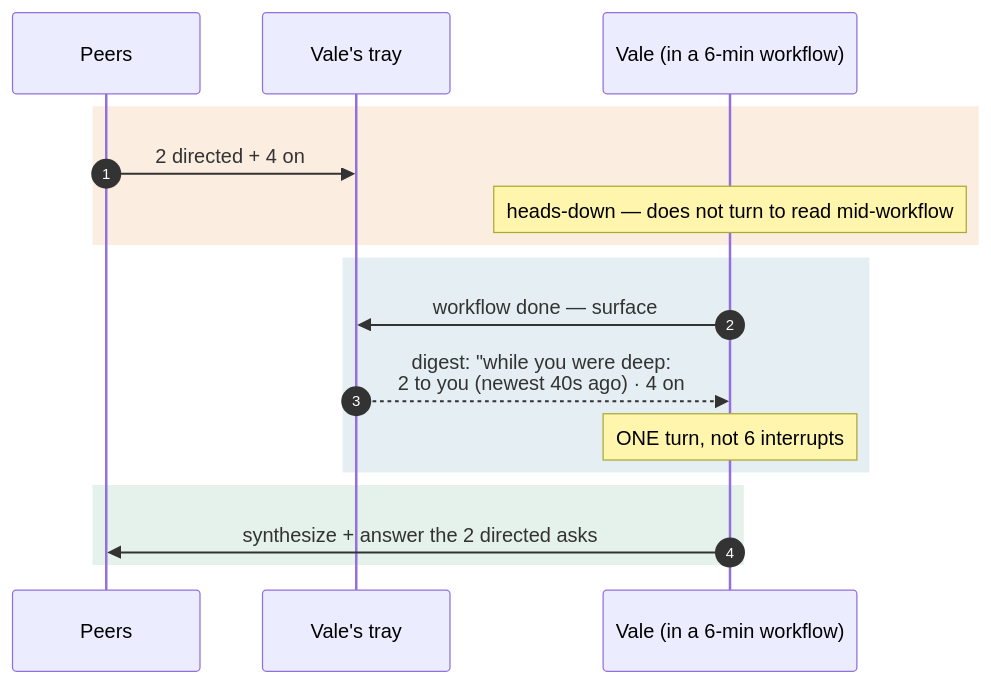
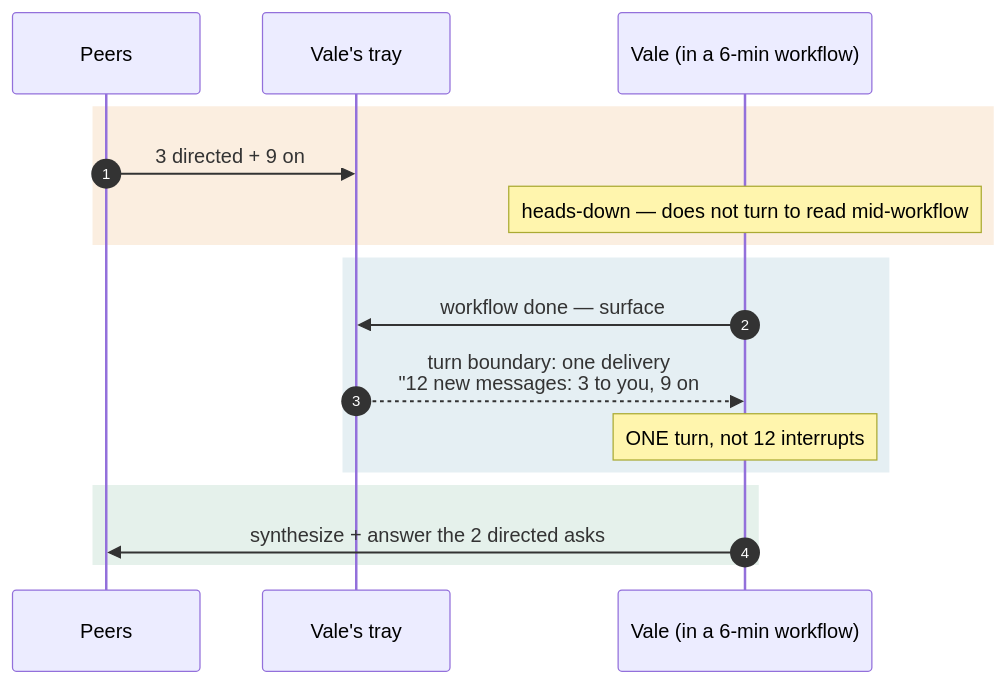
The second of 2 diagrams in docs/explanation/attend-messaging/03-team-inside-one-voice.md (aaronsb/agent-ways), drawn with Mermaid before and after one commit. The commit also changed other lines of this file and 26 other files, not shown here.

````diff
--- a/docs/explanation/attend-messaging/03-team-inside-one-voice.md
+++ b/docs/explanation/attend-messaging/03-team-inside-one-voice.md
@@ -60,19 +60,19 @@
 ```mermaid
 sequenceDiagram
     autonumber
     participant P as Peers
     participant Tray as Vale's tray
     participant V as Vale (in a 6-min workflow)
     rect rgba(217,119,6,0.12)
-    P->>Tray: 2 directed + 4 on #open (over ~6 min)
+    P->>Tray: 3 directed + 9 on #open (over ~6 min)
     Note over V: heads-down — does not turn to read mid-workflow
     end
     rect rgba(45,125,154,0.12)
     V->>Tray: workflow done — surface
-    Tray-->>V: digest: "while you were deep:<br/>2 to you (newest 40s ago) · 4 on #open over 6m"
-    Note over V: ONE turn, not 6 interrupts
+    Tray-->>V: turn boundary: one delivery<br/>"12 new messages: 3 to you, 9 on #open<br/>(newest 40s ago, over 6m)"
+    Note over V: ONE turn, not 12 interrupts
     end
     rect rgba(45,142,94,0.12)
     V->>P: synthesize + answer the 2 directed asks
     end
 ```
````
